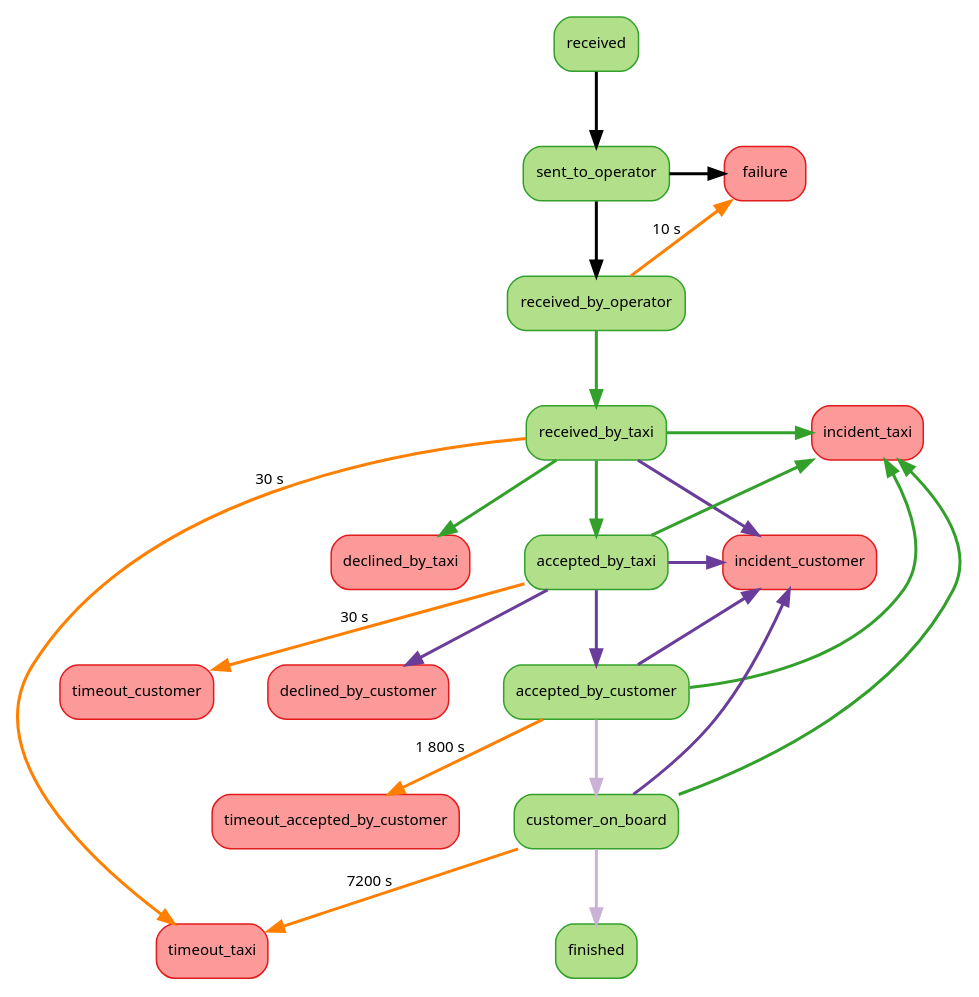
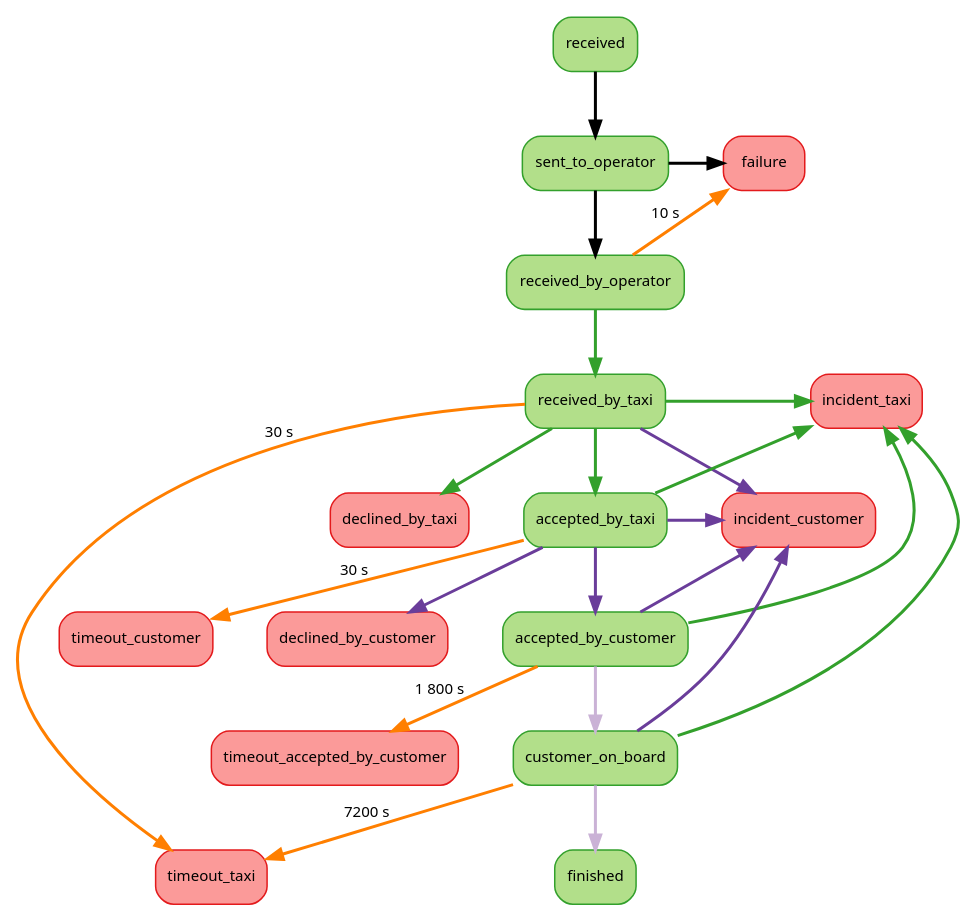
The diagram in public/images/doc/trip-status.gv (openmaraude/console), drawn with Graphviz before and after one commit. The commit also changed 2 other files, not shown here.

Commit message:
restore the legend about the big graph for now
I have to find something elegant.

```diff
--- a/public/images/doc/trip-status.gv
+++ b/public/images/doc/trip-status.gv
@@ -1,63 +1,63 @@
 digraph {
     rankdir=TB;
     nodesep=0.5;
-    ranksep=0.7;
+    ranksep=0.6;
     node [shape=box,fontname=sans,fontsize=10,colorscheme=paired10];
     edge [fontname=sans,fontsize=10,colorscheme=paired10];
     node [color=4,style="rounded,filled",fillcolor=3];
     received;
     sent_to_operator;
     received_by_operator;
     received_by_taxi;
     accepted_by_taxi;
     accepted_by_customer;
     customer_on_board;
     finished;
     node [color=6,fillcolor=5];
     failure;
     declined_by_taxi;
     incident_taxi;
     timeout_taxi;
     incident_customer;
     declined_by_customer;
     timeout_customer;
     timeout_accepted_by_customer;
 
     edge [style=bold]; // server update
     received -> sent_to_operator [weight=8];
     sent_to_operator -> received_by_operator [weight=8];
     sent_to_operator -> failure;
 
     edge [color=4]; // operator updates
     received_by_operator -> received_by_taxi [weight=8];
     received_by_taxi -> accepted_by_taxi [weight=8];
     received_by_taxi -> declined_by_taxi;
     received_by_taxi -> incident_taxi;
     accepted_by_taxi -> incident_taxi;
     accepted_by_customer -> incident_taxi;
     customer_on_board -> incident_taxi;
 
     edge [color=8]; // timeouts
     received_by_operator -> failure [xlabel="10 s"];
     received_by_taxi -> timeout_taxi [xlabel="30 s"];
     accepted_by_taxi -> timeout_customer [xlabel="30 s"];
     accepted_by_customer -> timeout_accepted_by_customer [xlabel="1 800 s"];
     customer_on_board -> timeout_taxi [xlabel="7200 s"];
 
     edge [color=10]; // search engine updates
     accepted_by_taxi -> accepted_by_customer [weight=8];
     received_by_taxi -> incident_customer;
     accepted_by_taxi -> incident_customer;
     accepted_by_taxi -> declined_by_customer;
     accepted_by_customer -> incident_customer;
     customer_on_board -> incident_customer;
 
     edge [color=9]; // after taxi status update
     accepted_by_customer -> customer_on_board [weight=8];
     customer_on_board -> finished [weight=8];
 
     // Trick to make the graph narrower
     { rank = same; sent_to_operator; failure; }
     { rank = same; received_by_taxi; incident_taxi; }
     { rank = same; accepted_by_taxi; incident_customer; }
 }
```
